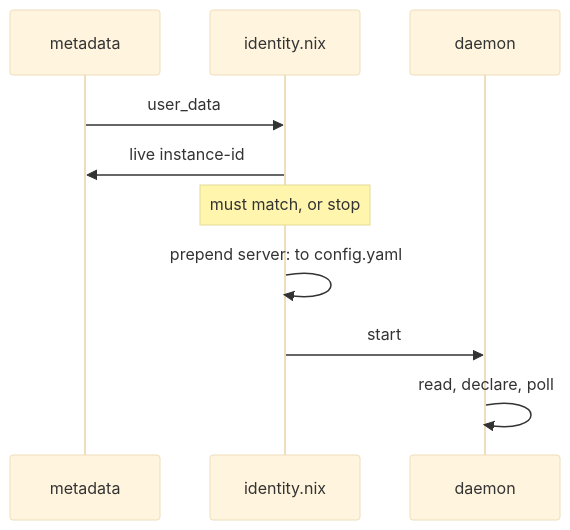
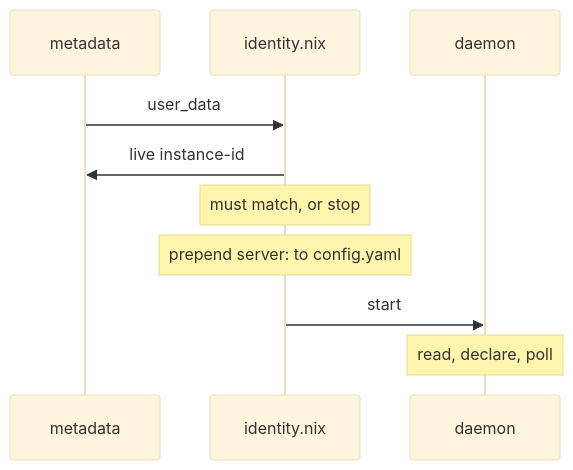
One commit to 1Git2Clone/vps changed the second of 2 diagrams in docs/src/architecture/runner.md. Above: the diagram before and after it, drawn with Mermaid (base theme). The commit also changed 1 other file, not shown here.

Commit message:
docs: stop the lifeline striking through self-message labels
Mermaid centres a self-message's label on the actor's own lifeline, so the
vertical line is drawn straight through the text. Three of them were affected:
the identity sequence's "prepend server: to config.yaml" and "read, declare,
poll", and the deploy sequence's "build the closure locally".

`Note over <actor>` instead, which is the same position on the page but renders
as a filled box with the lifeline behind it rather than through it. The
"must match, or stop" note sitting two lines above the worst case was already
proving that shape works.

An actor acting on itself and a note about an actor are not quite the same
thing semantically, and a self-arrow says "does this" a little better than a
note does. That is worth less than being readable.

Widths unchanged where it matters: identity 700px, deploy 622px, both 1.00x in
the content column.

````diff
--- a/docs/src/architecture/runner.md
+++ b/docs/src/architecture/runner.md
@@ -165,13 +165,13 @@
 ```mermaid
 sequenceDiagram
     participant H as metadata
     participant I as identity.nix
     participant D as daemon
 
     H->>I: user_data
     I->>H: live instance-id
     Note over I: must match, or stop
-    I->>I: prepend server: to config.yaml
+    Note over I: prepend server: to config.yaml
     I->>D: start
-    D->>D: read, declare, poll
+    Note over D: read, declare, poll
 ```
````
